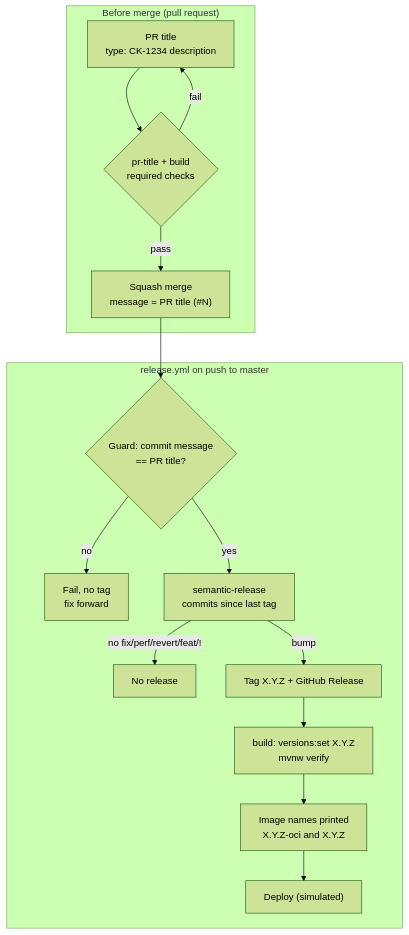
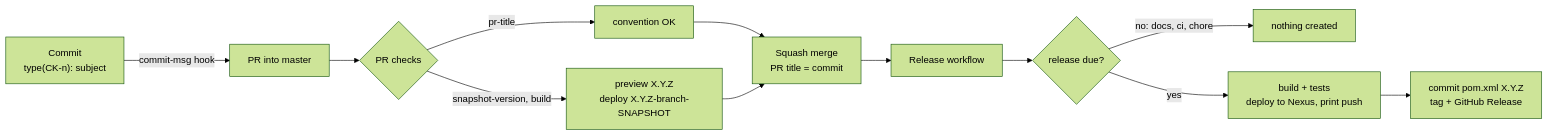
Before and after one commit to avall/homelab-poc-semantic-version: the second of 4 diagrams in README.md, drawn with Mermaid (forest theme). The commit also changed other lines of this file and 64 other files, not shown here.

Commit message:
ci(CK-11487): mirror cnr-semantic-release-poc

````diff
--- a/README.md
+++ b/README.md
@@ -31,18 +65,14 @@
 ```mermaid
-flowchart TD
-    subgraph PR["Before merge (pull request)"]
-        T["PR title<br/>type: CK-1234 description"] --> C{"pr-title + build<br/>required checks"}
-        C -->|fail| T
-        C -->|pass| S["Squash merge<br/>message = PR title (#N)"]
-    end
-    subgraph REL["release.yml on push to master"]
-        S --> G{"Guard: commit message<br/>== PR title?"}
-        G -->|no| X["Fail, no tag<br/>fix forward"]
-        G -->|yes| SR["semantic-release<br/>commits since last tag"]
-        SR -->|"no fix/perf/revert/feat/!"| N["No release"]
-        SR -->|bump| K["Tag X.Y.Z + GitHub Release"]
-        K --> B["build: versions:set X.Y.Z<br/>mvnw verify"]
-        B --> I["Image names printed<br/>X.Y.Z-oci and X.Y.Z"]
-        I --> D["Deploy (simulated)"]
-    end
+flowchart LR
+  A["Commit<br/>type(CK-n): subject"] -->|commit-msg hook| B[PR into master]
+  B --> C{PR checks}
+  C -->|pr-title| D[convention OK]
+  C -->|snapshot-version, build| E["preview X.Y.Z<br/>deploy X.Y.Z-branch-SNAPSHOT"]
+  D --> F["Squash merge<br/>PR title = commit"]
+  E --> F
+  F --> G[Release workflow]
+  G --> H{release due?}
+  H -->|"no: docs, ci, chore"| I[nothing created]
+  H -->|yes| J["build + tests<br/>deploy to Nexus, print push"]
+  J --> K["commit pom.xml X.Y.Z<br/>tag + GitHub Release"]
 ```
````
